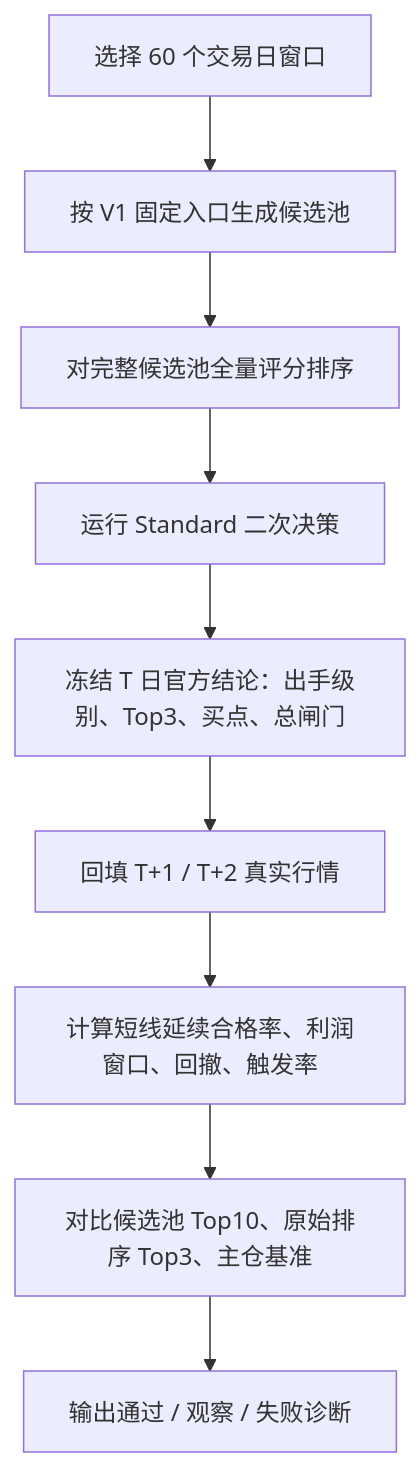
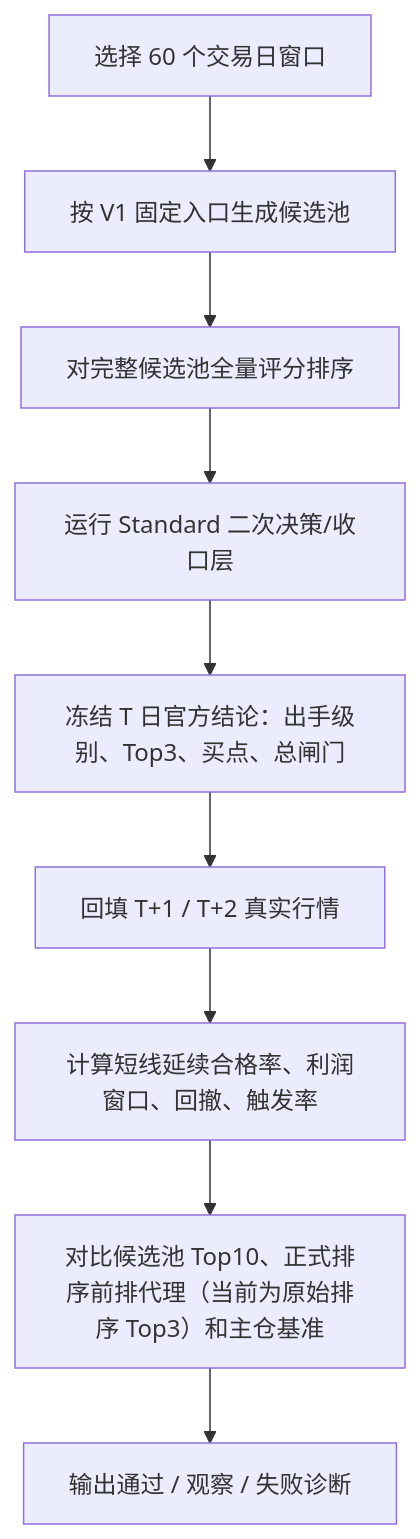
The diagram in docs/architecture/momentum-screener-backtest-acceptance-criteria.md (zcx-jery/daily_stock_analysis), drawn with Mermaid before and after one commit. The commit also changed other lines of this file and 24 other files, not shown here.

````diff
--- a/docs/architecture/momentum-screener-backtest-acceptance-criteria.md
+++ b/docs/architecture/momentum-screener-backtest-acceptance-criteria.md
@@ -45,11 +45,11 @@
 ```mermaid
 flowchart TD
     A["选择 60 个交易日窗口"] --> B["按 V1 固定入口生成候选池"]
     B --> C["对完整候选池全量评分排序"]
-    C --> D["运行 Standard 二次决策"]
+    C --> D["运行 Standard 二次决策/收口层"]
     D --> E["冻结 T 日官方结论：出手级别、Top3、买点、总闸门"]
     E --> F["回填 T+1 / T+2 真实行情"]
     F --> G["计算短线延续合格率、利润窗口、回撤、触发率"]
-    G --> H["对比候选池 Top10、原始排序 Top3、主仓基准"]
+    G --> H["对比候选池 Top10、正式排序前排代理（当前为原始排序 Top3）和主仓基准"]
     H --> I["输出通过 / 观察 / 失败诊断"]
 ```
````
